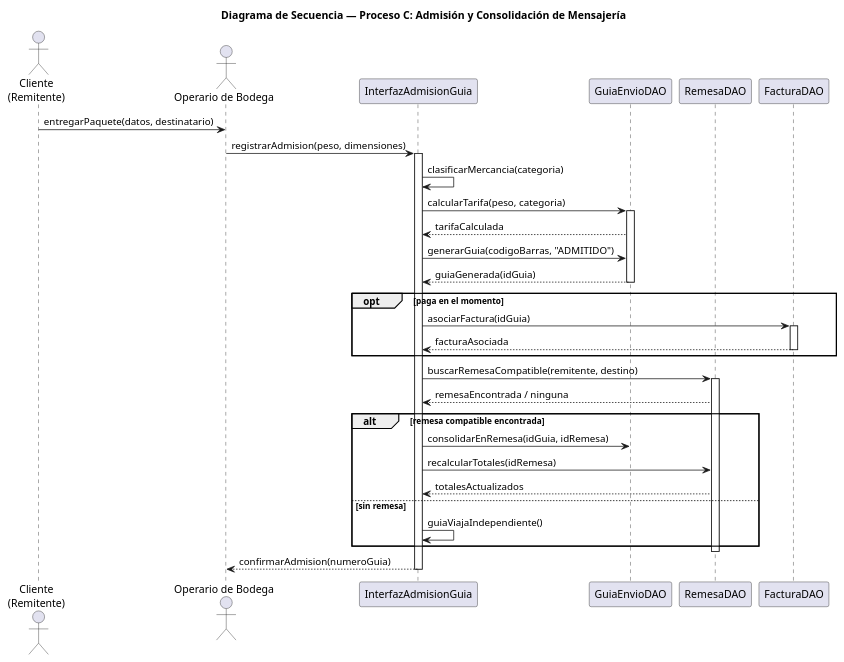
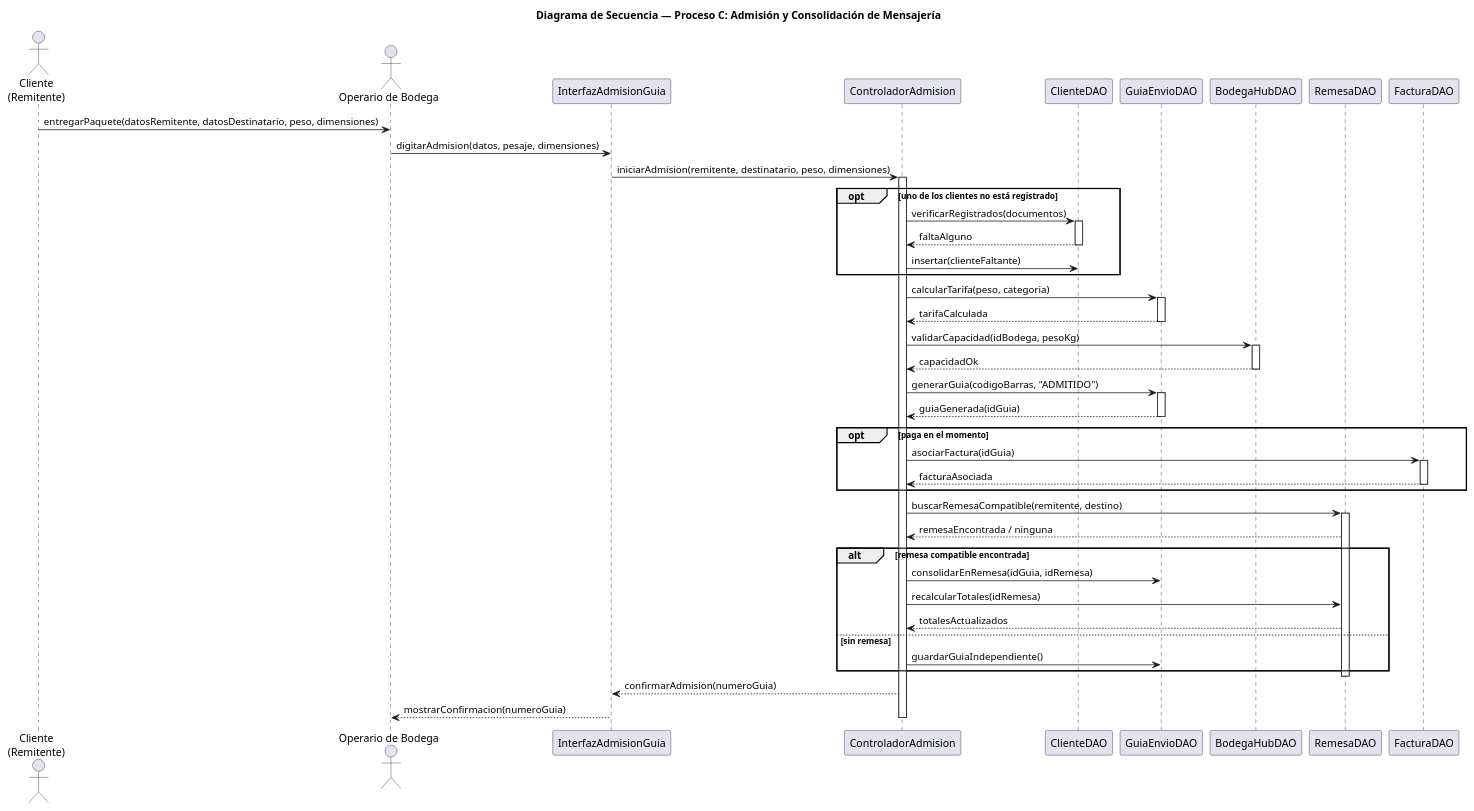
One commit to SKing25/Copetran- changed the diagram in docs/parcial-primer-corte/diagramas/secuencia/secuencia-admision-mensajeria.puml. Above: the diagram before and after it, drawn with PlantUML. The commit also changed 23 other files, not shown here.

```diff
--- a/docs/parcial-primer-corte/diagramas/secuencia/secuencia-admision-mensajeria.puml
+++ b/docs/parcial-primer-corte/diagramas/secuencia/secuencia-admision-mensajeria.puml
@@ -1,42 +1,63 @@
 @startuml secuencia_admision_mensajeria
 title Diagrama de Secuencia — Proceso C: Admisión y Consolidación de Mensajería
 actor "Cliente\n(Remitente)" as Remitente
 actor "Operario de Bodega" as Operario
 participant "InterfazAdmisionGuia" as UI
+participant "ControladorAdmision" as Controlador
+participant "ClienteDAO" as ClienteDAO
 participant "GuiaEnvioDAO" as GuiaDAO
+participant "BodegaHubDAO" as BodegaDAO
 participant "RemesaDAO" as RemesaDAO
 participant "FacturaDAO" as FacturaDAO
 
-Remitente -> Operario : entregarPaquete(datos, destinatario)
-Operario -> UI : registrarAdmision(peso, dimensiones)
-activate UI
-UI -> UI : clasificarMercancia(categoria)
-UI -> GuiaDAO : calcularTarifa(peso, categoria)
+Remitente -> Operario : entregarPaquete(datosRemitente, datosDestinatario, peso, dimensiones)
+Operario -> UI : digitarAdmision(datos, pesaje, dimensiones)
+UI -> Controlador : iniciarAdmision(remitente, destinatario, peso, dimensiones)
+activate Controlador
+
+opt uno de los clientes no está registrado
+    Controlador -> ClienteDAO : verificarRegistrados(documentos)
+    activate ClienteDAO
+    ClienteDAO --> Controlador : faltaAlguno
+    deactivate ClienteDAO
+    Controlador -> ClienteDAO : insertar(clienteFaltante)
+end
+
+Controlador -> GuiaDAO : calcularTarifa(peso, categoria)
 activate GuiaDAO
-GuiaDAO --> UI : tarifaCalculada
-UI -> GuiaDAO : generarGuia(codigoBarras, "ADMITIDO")
-GuiaDAO --> UI : guiaGenerada(idGuia)
+GuiaDAO --> Controlador : tarifaCalculada
+deactivate GuiaDAO
+
+Controlador -> BodegaDAO : validarCapacidad(idBodega, pesoKg)
+activate BodegaDAO
+BodegaDAO --> Controlador : capacidadOk
+deactivate BodegaDAO
+
+Controlador -> GuiaDAO : generarGuia(codigoBarras, "ADMITIDO")
+activate GuiaDAO
+GuiaDAO --> Controlador : guiaGenerada(idGuia)
 deactivate GuiaDAO
 
 opt paga en el momento
-    UI -> FacturaDAO : asociarFactura(idGuia)
+    Controlador -> FacturaDAO : asociarFactura(idGuia)
     activate FacturaDAO
-    FacturaDAO --> UI : facturaAsociada
+    FacturaDAO --> Controlador : facturaAsociada
     deactivate FacturaDAO
 end
 
-UI -> RemesaDAO : buscarRemesaCompatible(remitente, destino)
+Controlador -> RemesaDAO : buscarRemesaCompatible(remitente, destino)
 activate RemesaDAO
-RemesaDAO --> UI : remesaEncontrada / ninguna
+RemesaDAO --> Controlador : remesaEncontrada / ninguna
 alt remesa compatible encontrada
-    UI -> GuiaDAO : consolidarEnRemesa(idGuia, idRemesa)
-    UI -> RemesaDAO : recalcularTotales(idRemesa)
-    RemesaDAO --> UI : totalesActualizados
+    Controlador -> GuiaDAO : consolidarEnRemesa(idGuia, idRemesa)
+    Controlador -> RemesaDAO : recalcularTotales(idRemesa)
+    RemesaDAO --> Controlador : totalesActualizados
 else sin remesa
-    UI -> UI : guiaViajaIndependiente()
+    Controlador -> GuiaDAO : guardarGuiaIndependiente()
 end
 deactivate RemesaDAO
 
-UI --> Operario : confirmarAdmision(numeroGuia)
-deactivate UI
+Controlador --> UI : confirmarAdmision(numeroGuia)
+UI --> Operario : mostrarConfirmacion(numeroGuia)
+deactivate Controlador
 @enduml
```
